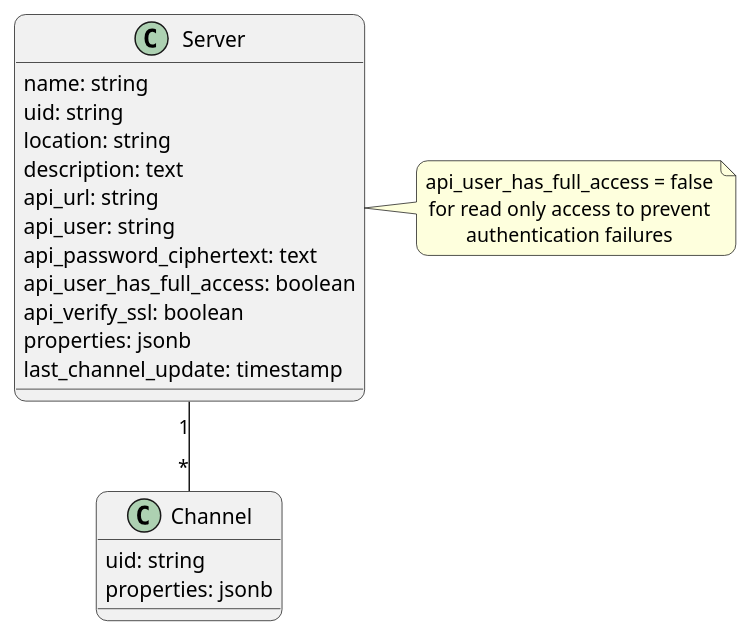
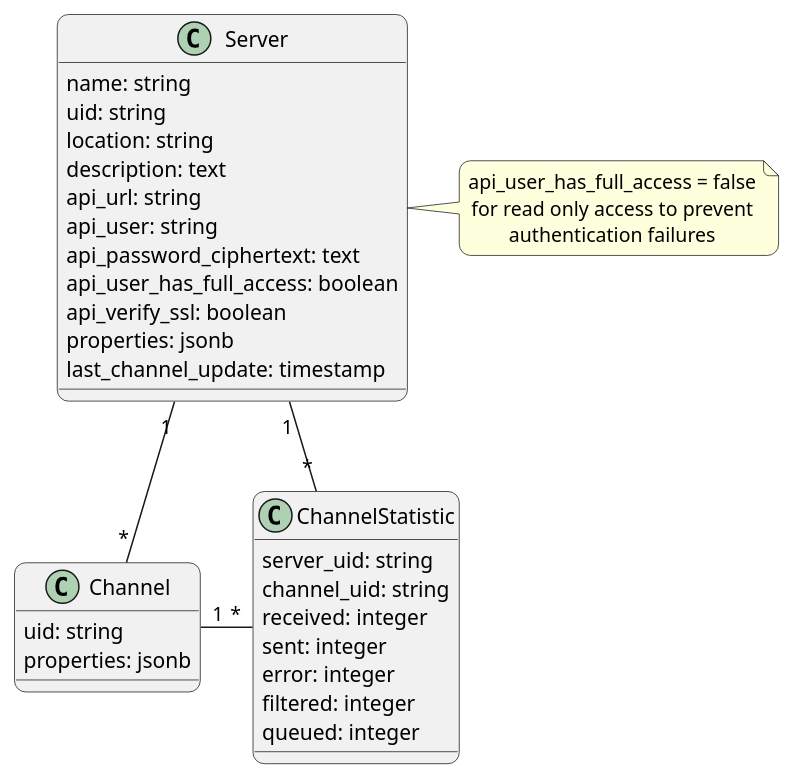
The diagram in doc/dev-notes/models.puml (swobspace/mirco), drawn with PlantUML before and after one commit. The commit also changed 24 other files, not shown here.

Commit message:
scaffolding ChannelStatistic

```diff
--- a/doc/dev-notes/models.puml
+++ b/doc/dev-notes/models.puml
@@ -1,31 +1,44 @@
 @startuml
 top to bottom direction
 skinparam defaultTextAlignment center
 skinparam roundCorner 15
 
 class Server  {
   name: string
   uid: string
   location: string
   description: text
   api_url: string
   api_user: string
   api_password_ciphertext: text
   api_user_has_full_access: boolean
   api_verify_ssl: boolean
   properties: jsonb
   last_channel_update: timestamp
 }
 note right of Server
   api_user_has_full_access = false
   for read only access to prevent
   authentication failures
 end note
 
 class Channel {
   uid: string
   properties: jsonb
 }
 
+class ChannelStatistic {
+  server_uid: string
+  channel_uid: string
+  received: integer
+  sent: integer
+  error: integer
+  filtered: integer
+  queued: integer
+}
+
 Server "1" -- "*" Channel
+Server "1" - "*" ChannelStatistic
+Channel "1" - "*" ChannelStatistic
+
 @enduml
```
